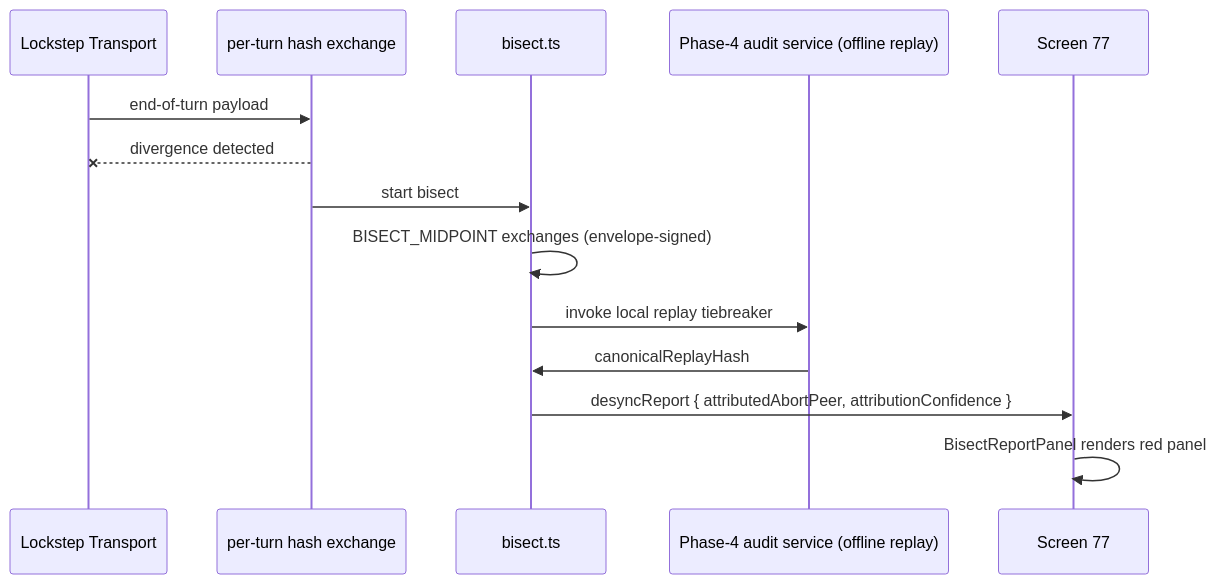
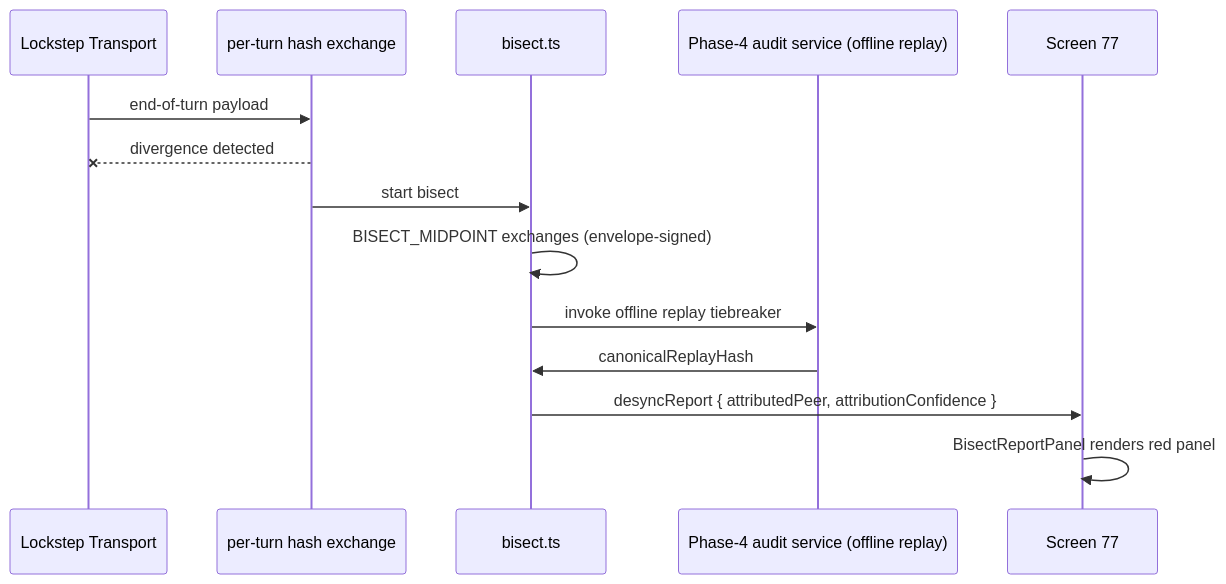
The fourth of 4 diagrams in docs/architecture/wiki/screens/77-multiplayer-game/architecture.md (SunaNoOshiro/Heroes_Reforged_AI_Realms), drawn with Mermaid before and after one commit. The commit also changed other lines of this file and 518 other files, not shown here.

First line of the commit message:
Add doc-audit skill and sweep architecture/screen docs

````diff
--- a/docs/architecture/wiki/screens/77-multiplayer-game/architecture.md
+++ b/docs/architecture/wiki/screens/77-multiplayer-game/architecture.md
@@ -59,17 +68,17 @@
 ```mermaid
 sequenceDiagram
   participant Wire as Lockstep Transport
   participant Hash as per-turn hash exchange
   participant Bis as bisect.ts
   participant Tool as Phase-4 audit service (offline replay)
   participant UI as Screen 77
 
   Wire->>Hash: end-of-turn payload
   Hash--xWire: divergence detected
   Hash->>Bis: start bisect
   Bis->>Bis: BISECT_MIDPOINT exchanges (envelope-signed)
-  Bis->>Tool: invoke local replay tiebreaker
+  Bis->>Tool: invoke offline replay tiebreaker
   Tool->>Bis: canonicalReplayHash
-  Bis->>UI: desyncReport { attributedAbortPeer, attributionConfidence }
+  Bis->>UI: desyncReport { attributedPeer, attributionConfidence }
   UI->>UI: BisectReportPanel renders red panel
 ```
````
